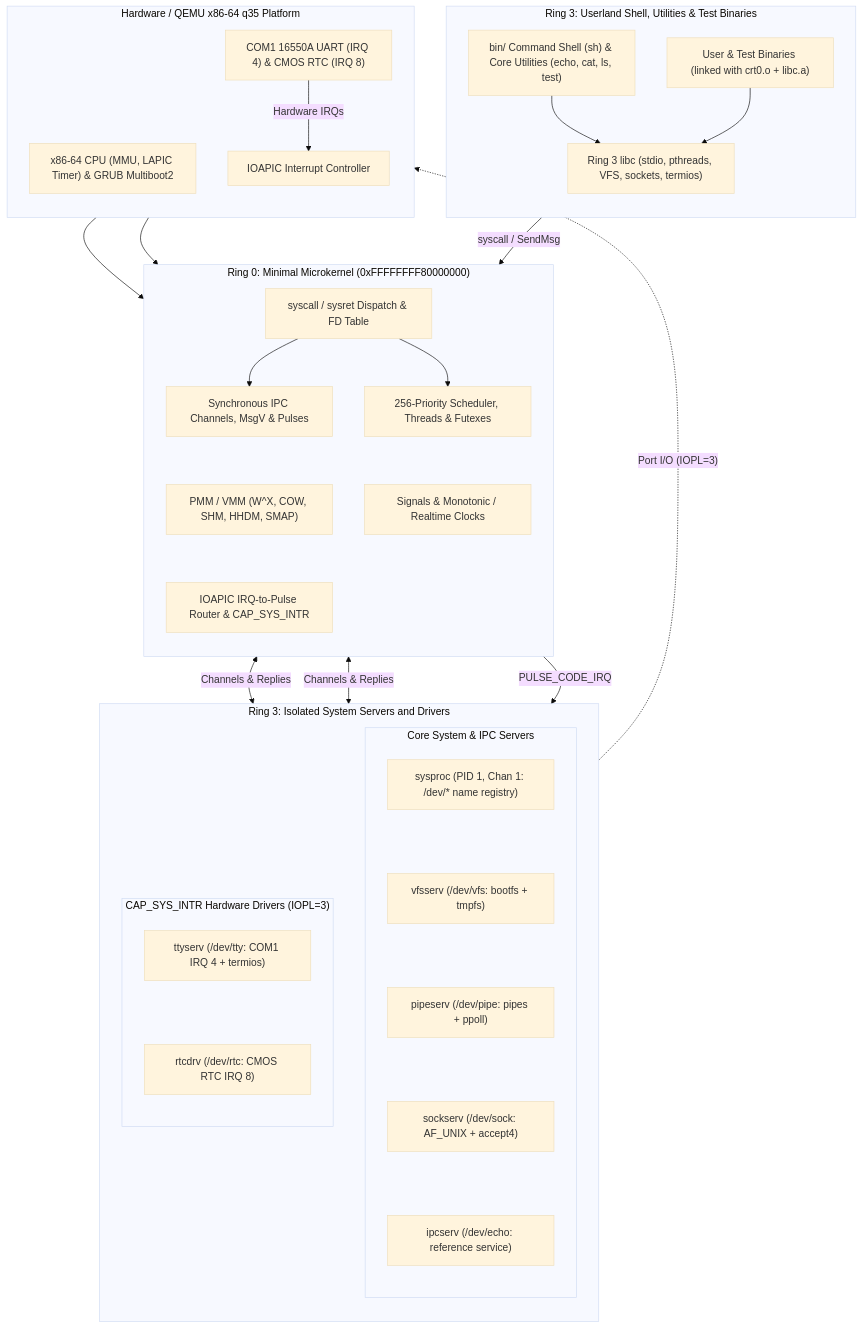
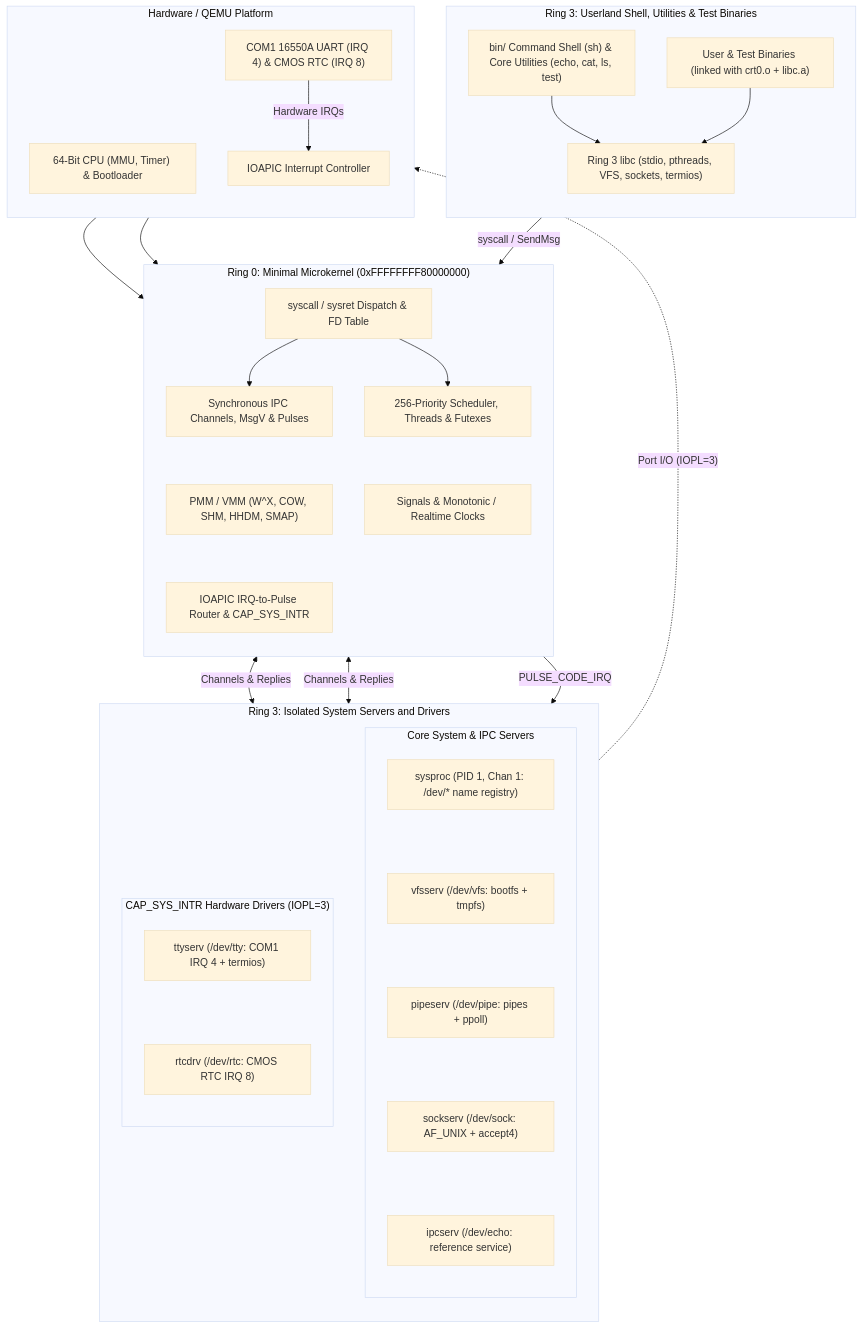
Before and after one commit to Deniz-Eren/microkernel: the diagram in docs/00-overview/context.md, drawn with Mermaid (base theme). The commit also changed other lines of this file and 52 other files, not shown here.

````diff
--- a/docs/00-overview/context.md
+++ b/docs/00-overview/context.md
@@ -25,64 +25,64 @@
 ```mermaid
 flowchart TD
     subgraph RING3_APP["Ring 3: Userland Shell, Utilities & Test Binaries"]
         direction TB
         SH["bin/ Command Shell (sh) & Core Utilities (echo, cat, ls, test)"]
         APPS["User & Test Binaries (linked with crt0.o + libc.a)"]
         LIBC["Ring 3 libc (stdio, pthreads, VFS, sockets, termios)"]
         SH --> LIBC
         APPS --> LIBC
     end
 
     subgraph RING3_SRV["Ring 3: Isolated System Servers and Drivers"]
         direction TB
         subgraph CORE_SRV["Core System & IPC Servers"]
             direction TB
             SYSPROC["sysproc (PID 1, Chan 1: /dev/* name registry)"]
             VFS["vfsserv (/dev/vfs: bootfs + tmpfs)"]
             PIPE["pipeserv (/dev/pipe: pipes + ppoll)"]
             SOCK["sockserv (/dev/sock: AF_UNIX + accept4)"]
             ECHO["ipcserv (/dev/echo: reference service)"]
             SYSPROC ~~~ VFS
             VFS ~~~ PIPE
             PIPE ~~~ SOCK
             SOCK ~~~ ECHO
         end
         subgraph DRV_SRV["CAP_SYS_INTR Hardware Drivers (IOPL=3)"]
             direction TB
             TTY["ttyserv (/dev/tty: COM1 IRQ 4 + termios)"]
             RTC["rtcdrv (/dev/rtc: CMOS RTC IRQ 8)"]
             TTY ~~~ RTC
         end
     end
 
     subgraph RING0["Ring 0: Minimal Microkernel (0xFFFFFFFF80000000)"]
         direction TB
         SYSCALL["syscall / sysret Dispatch & FD Table"]
         IPC["Synchronous IPC Channels, MsgV & Pulses"]
         SCHED["256-Priority Scheduler, Threads & Futexes"]
         MM["PMM / VMM (W^X, COW, SHM, HHDM, SMAP)"]
         SIGTIME["Signals & Monotonic / Realtime Clocks"]
         IRQ["IOAPIC IRQ-to-Pulse Router & CAP_SYS_INTR"]
         SYSCALL --> IPC
         SYSCALL --> SCHED
         IPC ~~~ MM
         SCHED ~~~ SIGTIME
         MM ~~~ IRQ
     end
 
-    subgraph HW["Hardware / QEMU x86-64 q35 Platform"]
+    subgraph HW["Hardware / QEMU Platform"]
         direction TB
-        CPU["x86-64 CPU (MMU, LAPIC Timer) & GRUB Multiboot2"]
+        CPU["64-Bit CPU (MMU, Timer) & Bootloader"]
         IOAPIC["IOAPIC Interrupt Controller"]
         DEV["COM1 16550A UART (IRQ 4) & CMOS RTC (IRQ 8)"]
         DEV -->|"Hardware IRQs"| IOAPIC
     end
 
     LIBC -->|"syscall / SendMsg"| SYSCALL
     IPC <-->|"Channels & Replies"| CORE_SRV
     IPC <-->|"Channels & Replies"| DRV_SRV
     IOAPIC --> IRQ
     IRQ -->|"PULSE_CODE_IRQ"| DRV_SRV
     DRV_SRV -.->|"Port I/O (IOPL=3)"| DEV
     CPU --> SCHED
 ```
````
